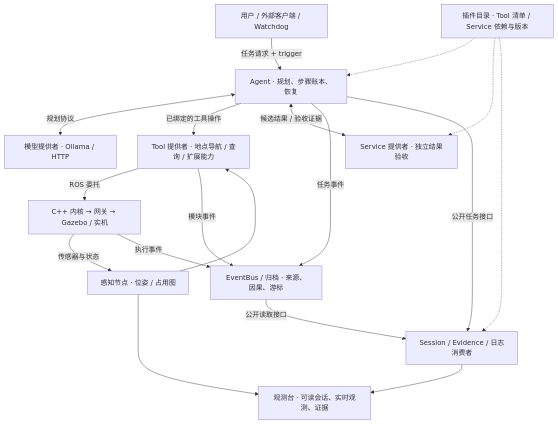
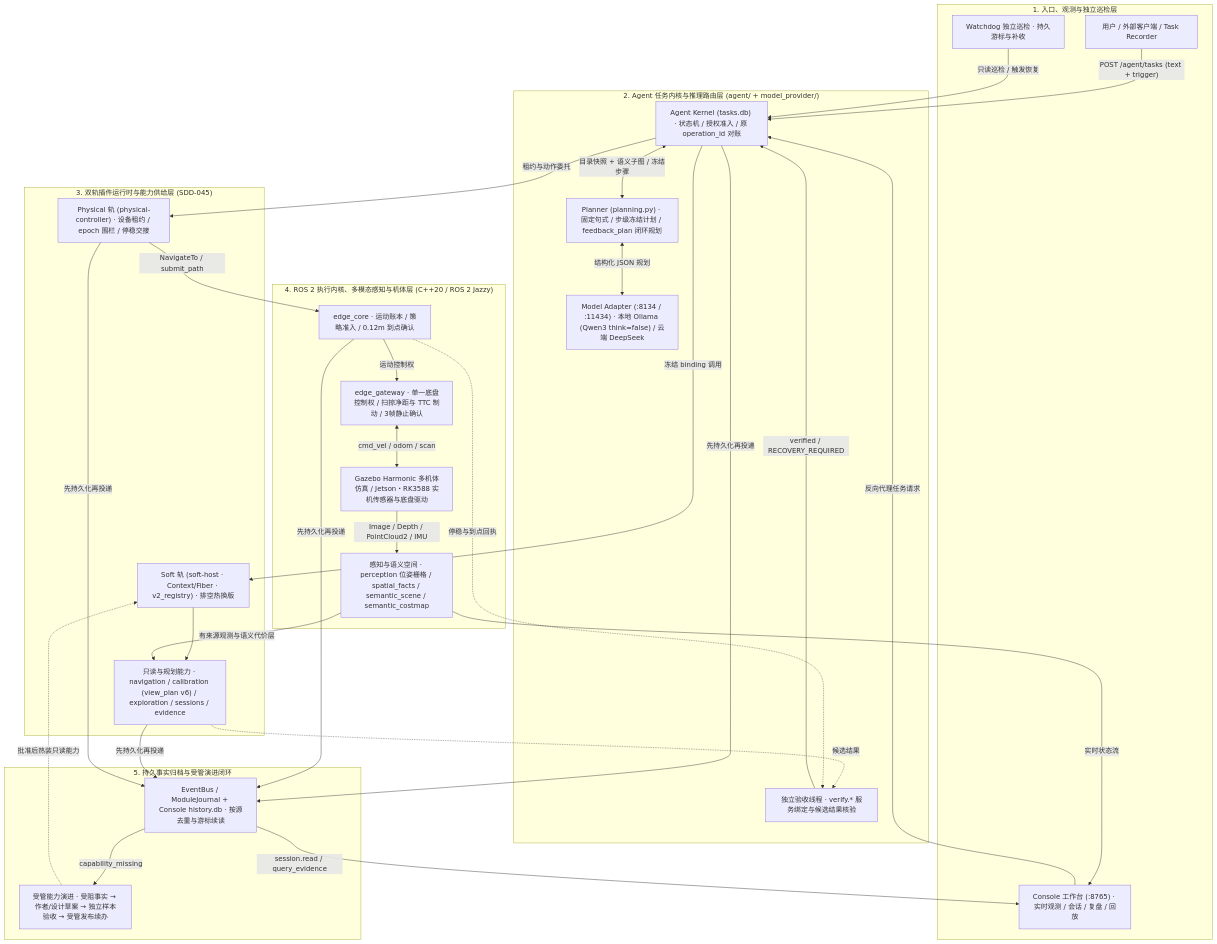
Before and after one commit to SUSTechWLA/edge-agent-ros: the diagram in README.md, drawn with Mermaid. The commit also changed other lines of this file and 2 other files, not shown here.

Commit message:
docs(readme): add current system core architecture blueprint and flow (#12)
Spec: SDD-062

````diff
--- a/README.md
+++ b/README.md
@@ -117,20 +96,55 @@
 ```mermaid
 flowchart TB
-    U["用户 / 外部客户端 / Watchdog"] -->|"任务请求 + trigger"| A["Agent · 规划、步骤账本、恢复"]
-    A <-->|"规划协议"| M["模型提供者 · Ollama / HTTP"]
-    A -->|"已绑定的工具操作"| T["Tool 提供者 · 地点导航 / 查询 / 扩展能力"]
-    D["插件目录 · Tool 清单 / Service 依赖与版本"] -.-> A
-    D -.-> V["Service 提供者 · 独立结果验收"]
-    A <-->|"候选结果 / 验收证据"| V
-    T -->|"ROS 委托"| C["C++ 内核 → 网关 → Gazebo / 实机"]
-    C -->|"传感器与状态"| P["感知节点 · 位姿 / 占用图"]
-    P --> T
-    A -->|"任务事件"| E["EventBus / 归档 · 来源、因果、游标"]
-    C -->|"执行事件"| E
-    T -->|"模块事件"| E
-    E -->|"公开读取接口"| S["Session / Evidence / 日志消费者"]
-    A -->|"公开任务接口"| S
-    D -.-> S
-    S --> O["观测台 · 可读会话、实时观测、证据"]
-    P --> O
+    subgraph L1["1. 入口、观测与独立巡检层"]
+        U["用户 / 外部客户端 / Task Recorder"]
+        W["Watchdog 独立巡检 · 持久游标与补收"]
+        O["Console 工作台 (:8765) · 实时观测 / 会话 / 复盘 / 回放"]
+    end
+
+    subgraph L2["2. Agent 任务内核与推理路由层 (agent/ + model_provider/)"]
+        K["Agent Kernel (tasks.db) · 状态机 / 授权准入 / 原 operation_id 对账"]
+        PL["Planner (planning.py) · 固定句式 / 步级冻结计划 / feedback_plan 闭环规划"]
+        V["独立验收线程 · verify.* 服务绑定与候选结果核验"]
+        M["Model Adapter (:8134 / :11434) · 本地 Ollama (Qwen3 think=false) / 云端 DeepSeek"]
+    end
+
+    subgraph L3["3. 双轨插件运行时与能力供给层 (SDD-045)"]
+        SR["Soft 轨 (soft-host · Context/Fiber · v2_registry) · 排空热换版"]
+        PR["Physical 轨 (physical-controller) · 设备租约 / epoch 围栏 / 停稳交接"]
+        SP["只读与规划能力 · navigation / calibration (view_plan v6) / exploration / sessions / evidence"]
+    end
+
+    subgraph L4["4. ROS 2 执行内核、多模态感知与机体层 (C++20 / ROS 2 Jazzy)"]
+        EC["edge_core · 运动账本 / 策略准入 / 0.12m 到点确认"]
+        EG["edge_gateway · 单一底盘控制权 / 扫掠净距与 TTC 制动 / 3帧静止确认"]
+        PC["感知与语义空间 · perception 位姿栅格 / spatial_facts / semantic_scene / semantic_costmap"]
+        RB["Gazebo Harmonic 多机体仿真 / Jetson・RK3588 实机传感器与底盘驱动"]
+    end
+
+    subgraph L5["5. 持久事实归档与受管演进闭环"]
+        EB["EventBus / ModuleJournal + Console history.db · 按源去重与游标续读"]
+        EV["受管能力演进 · 受阻事实 → 作者/设计草案 → 独立样本验收 → 受管发布续办"]
+    end
+
+    U -->|"POST /agent/tasks (text + trigger)"| K
+    O -->|"反向代理任务请求"| K
+    W -->|"只读巡检 / 触发恢复"| K
+    K <-->|"目录快照 + 语义子图 / 冻结步骤"| PL
+    PL <-->|"结构化 JSON 规划"| M
+    K -->|"冻结 binding 调用"| SR
+    K -->|"租约与动作委托"| PR
+    SR --> SP
+    PR -->|"NavigateTo / submit_path"| EC
+    EC -->|"运动控制权"| EG
+    EG <-->|"cmd_vel / odom / scan"| RB
+    RB -->|"Image / Depth / PointCloud2 / IMU"| PC
+    PC -->|"有来源观测与语义代价层"| SP
+    PC -->|"实时状态流"| O
+    SP -.->|"候选结果"| V
+    EC -.->|"停稳与到点回执"| V
+    V -->|"verified / RECOVERY_REQUIRED"| K
+    K & EC & SP & PR -->|"先持久化再投递"| EB
+    EB -->|"session.read / query_evidence"| O
+    EB -->|"capability_missing"| EV
+    EV -.->|"批准后热装只读能力"| SR
 ```
````
